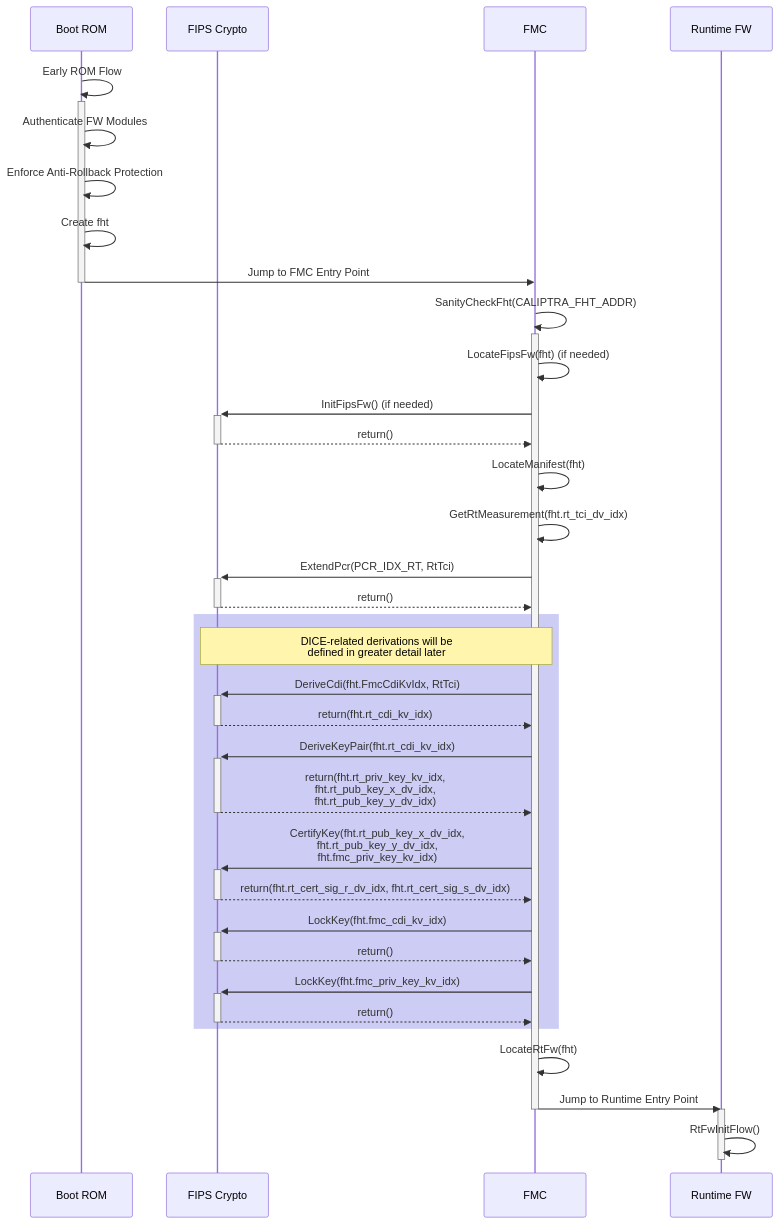
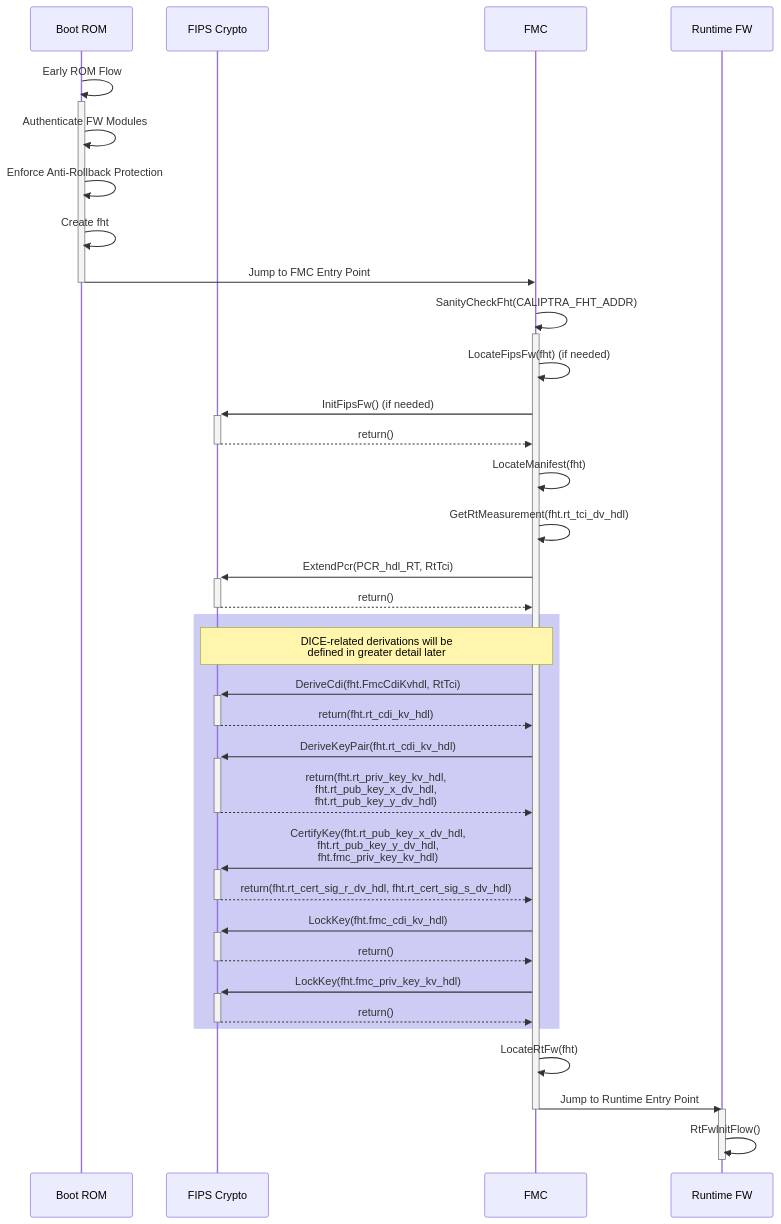
Before and after one commit to chipsalliance/caliptra-sw: the diagram in fmc/README.md, drawn with Mermaid. The commit also changed other lines of this file, not shown here.

````diff
--- a/fmc/README.md
+++ b/fmc/README.md
@@ -252,45 +252,45 @@
 ```mermaid
 sequenceDiagram
     participant ROM as Boot ROM
     participant FIPS as FIPS Crypto
     participant FMC as FMC
     participant RT as Runtime FW
 
     ROM->>+ROM: Early ROM Flow
     ROM->>ROM: Authenticate FW Modules
     ROM->>ROM: Enforce Anti-Rollback Protection
     ROM->>ROM: Create fht
     ROM->>-FMC: Jump to FMC Entry Point
 
     FMC->>+FMC: SanityCheckFht(CALIPTRA_FHT_ADDR)
     FMC->>FMC: LocateFipsFw(fht) (if needed)
     FMC->>+FIPS: InitFipsFw() (if needed)
     FIPS-->>-FMC: return()
     FMC->>FMC: LocateManifest(fht)
-    FMC->>FMC: GetRtMeasurement(fht.rt_tci_dv_idx)
-    FMC->>+FIPS: ExtendPcr(PCR_IDX_RT, RtTci)
+    FMC->>FMC: GetRtMeasurement(fht.rt_tci_dv_hdl)
+    FMC->>+FIPS: ExtendPcr(PCR_hdl_RT, RtTci)
     FIPS-->>-FMC: return()
 
     rect rgba(0, 0, 200, .2)
     note over FIPS, FMC: DICE-related derivations will be<br> defined in greater detail later
 
-    FMC->>+FIPS: DeriveCdi(fht.FmcCdiKvIdx, RtTci)
-    FIPS-->>-FMC: return(fht.rt_cdi_kv_idx)
-    FMC->>+FIPS: DeriveKeyPair(fht.rt_cdi_kv_idx)
-    FIPS-->>-FMC: return(fht.rt_priv_key_kv_idx,<br> fht.rt_pub_key_x_dv_idx,<br> fht.rt_pub_key_y_dv_idx)
-    FMC->>+FIPS: CertifyKey(fht.rt_pub_key_x_dv_idx,<br> fht.rt_pub_key_y_dv_idx,<br> fht.fmc_priv_key_kv_idx)
-    FIPS-->>-FMC: return(fht.rt_cert_sig_r_dv_idx, fht.rt_cert_sig_s_dv_idx)
-    FMC->>+FIPS: LockKey(fht.fmc_cdi_kv_idx)
+    FMC->>+FIPS: DeriveCdi(fht.FmcCdiKvhdl, RtTci)
+    FIPS-->>-FMC: return(fht.rt_cdi_kv_hdl)
+    FMC->>+FIPS: DeriveKeyPair(fht.rt_cdi_kv_hdl)
+    FIPS-->>-FMC: return(fht.rt_priv_key_kv_hdl,<br> fht.rt_pub_key_x_dv_hdl,<br> fht.rt_pub_key_y_dv_hdl)
+    FMC->>+FIPS: CertifyKey(fht.rt_pub_key_x_dv_hdl,<br> fht.rt_pub_key_y_dv_hdl,<br> fht.fmc_priv_key_kv_hdl)
+    FIPS-->>-FMC: return(fht.rt_cert_sig_r_dv_hdl, fht.rt_cert_sig_s_dv_hdl)
+    FMC->>+FIPS: LockKey(fht.fmc_cdi_kv_hdl)
     FIPS-->>-FMC: return()
-    FMC->>+FIPS: LockKey(fht.fmc_priv_key_kv_idx)
+    FMC->>+FIPS: LockKey(fht.fmc_priv_key_kv_hdl)
     FIPS-->>-FMC: return()
 
     end %% rect
 
     FMC->>FMC: LocateRtFw(fht)
     FMC->>-RT: Jump to Runtime Entry Point
 
     activate RT
     RT->>RT: RtFwInitFlow()
     deactivate RT
 ```
````
